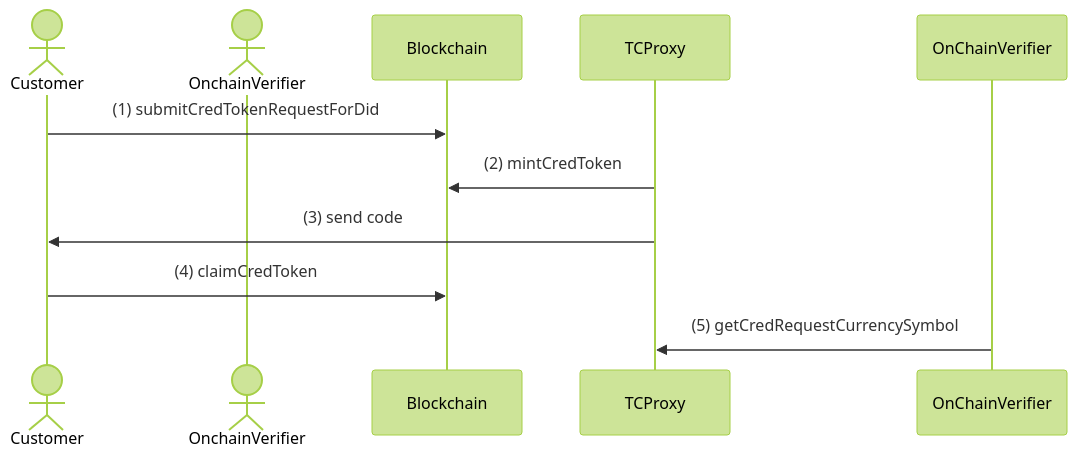
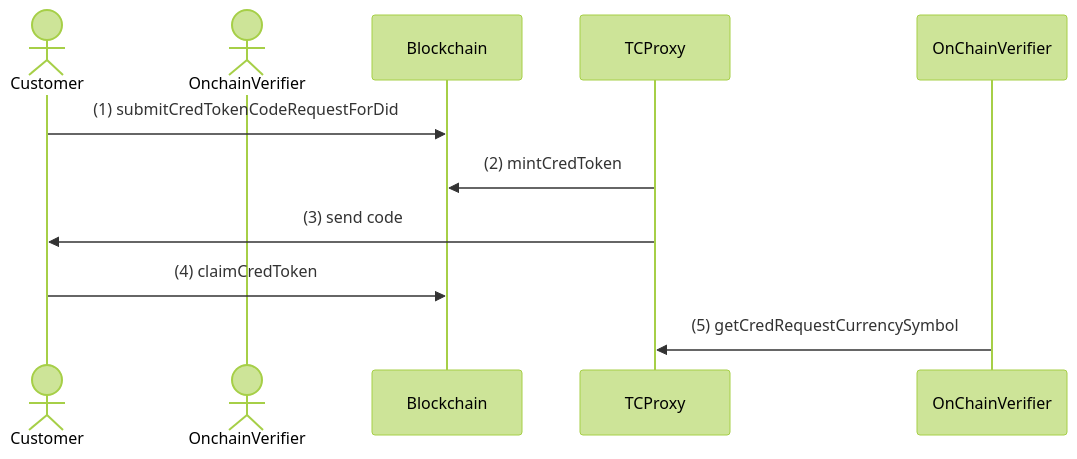
Before and after one commit to zakaio/cardano-tokens-and-credentials: the fourth of 6 diagrams in docs/Flow.md, drawn with Mermaid (forest theme).

````diff
--- a/docs/Flow.md
+++ b/docs/Flow.md
@@ -58,12 +58,12 @@
 ```mermaid
 sequenceDiagram
 actor Customer
 actor OnchainVerifier
 
-Customer ->> Blockchain: (1) submitCredTokenRequestForDid
+Customer ->> Blockchain: (1) submitCredTokenCodeRequestForDid
 TCProxy ->> Blockchain: (2) mintCredToken 
 TCProxy ->> Customer: (3)  send code
 Customer ->> Blockchain: (4)  claimCredToken
 
 OnChainVerifier ->> TCProxy: (5)  getCredRequestCurrencySymbol
 ```
````
